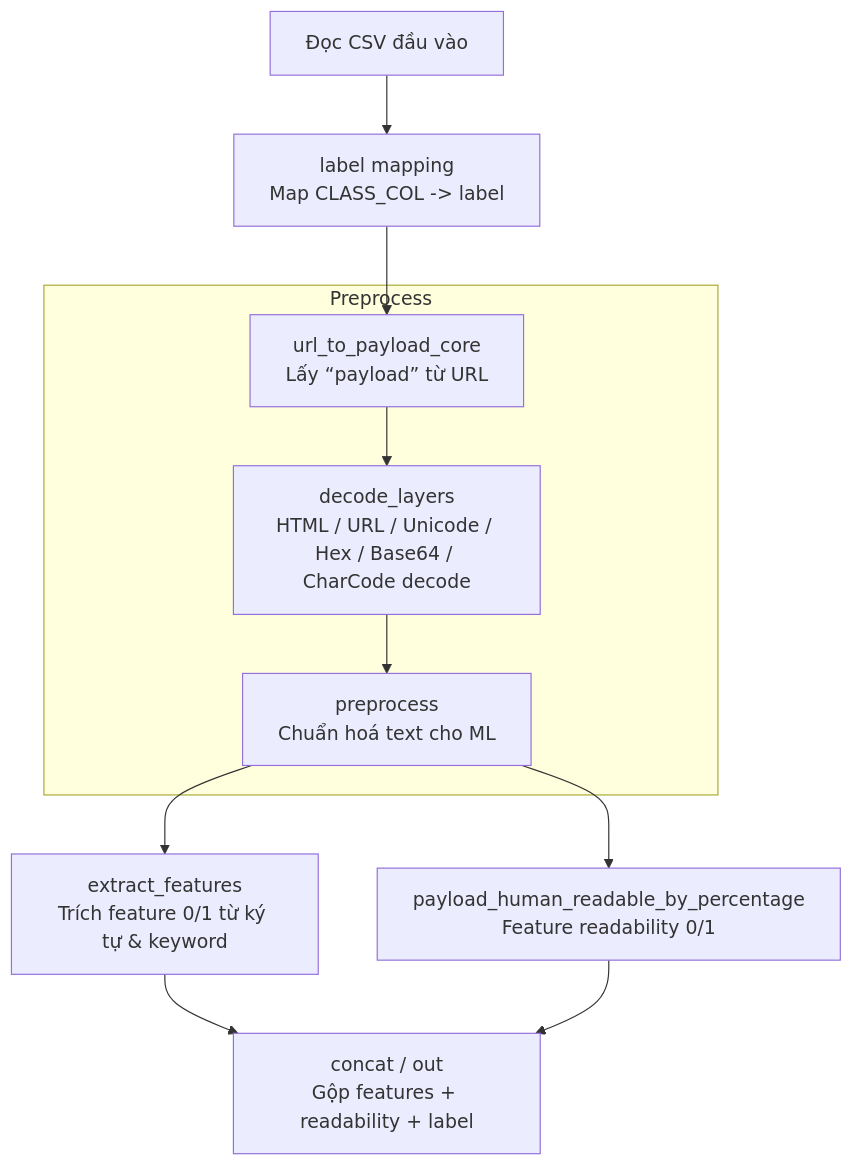
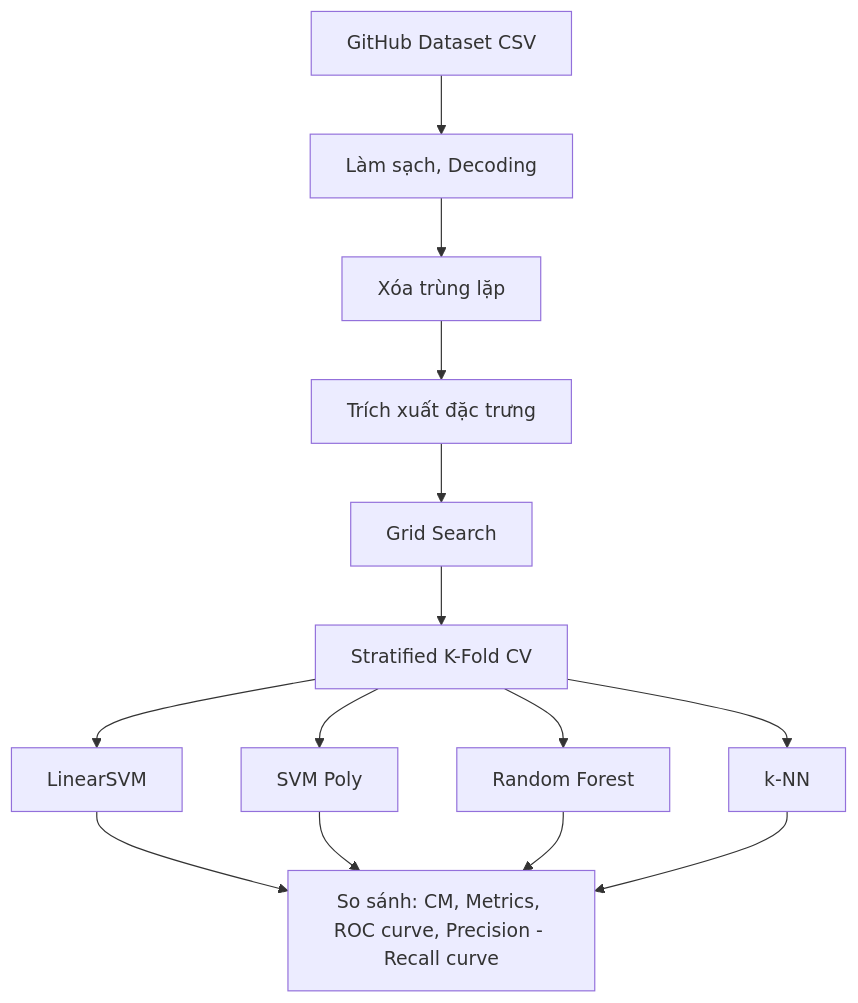
The second of 2 diagrams in README.md (Tu4n4nh/HocMayTrongATTT), drawn with Mermaid before and after one commit. The commit also changed other lines of this file, not shown here.

````diff
--- a/README.md
+++ b/README.md
@@ -118,20 +270,25 @@
 ```mermaid
 flowchart TD
-  A[Đọc CSV đầu vào] --> B[label mapping<br/>Map CLASS_COL -> label]
+    A[GitHub Dataset CSV]
+    B[Làm sạch, Decoding]
+    C[Xóa trùng lặp]
+    D[Trích xuất đặc trưng]
+    E[Grid Search]
+    F[Stratified K-Fold CV]
+    G1[LinearSVM]
+    G2[SVM Poly]
+    G3[Random Forest]
+    G4[k-NN]
+    H[So sánh: CM, Metrics, ROC curve, Precision - Recall curve]
 
-  %% ===== Preprocess Block =====
-  subgraph PREPROCESS[Preprocess]
-    C[url_to_payload_core<br/>Lấy “payload” từ URL]
-    C --> C1[decode_layers<br/>HTML / URL / Unicode / Hex / Base64 / CharCode decode]
-    C1 --> C2[preprocess<br/>Chuẩn hoá text cho ML]
-  end
-
-  B --> C
-
-  %% Sau khi preprocess hoàn tất
-  C2 --> D[extract_features<br/>Trích feature 0/1 từ ký tự & keyword]
-  C2 --> E[payload_human_readable_by_percentage<br/>Feature readability 0/1]
-
-  D --> F[concat / out<br/>Gộp features + readability + label]
-  E --> F
+    A --> B --> C --> D --> E
+    E -->F
+    F --> G1
+    F --> G2
+    F --> G3
+    F -->G4
+    G1 --> H
+    G2 --> H
+    G3 --> H
+    G4 --> H
 ```
````
